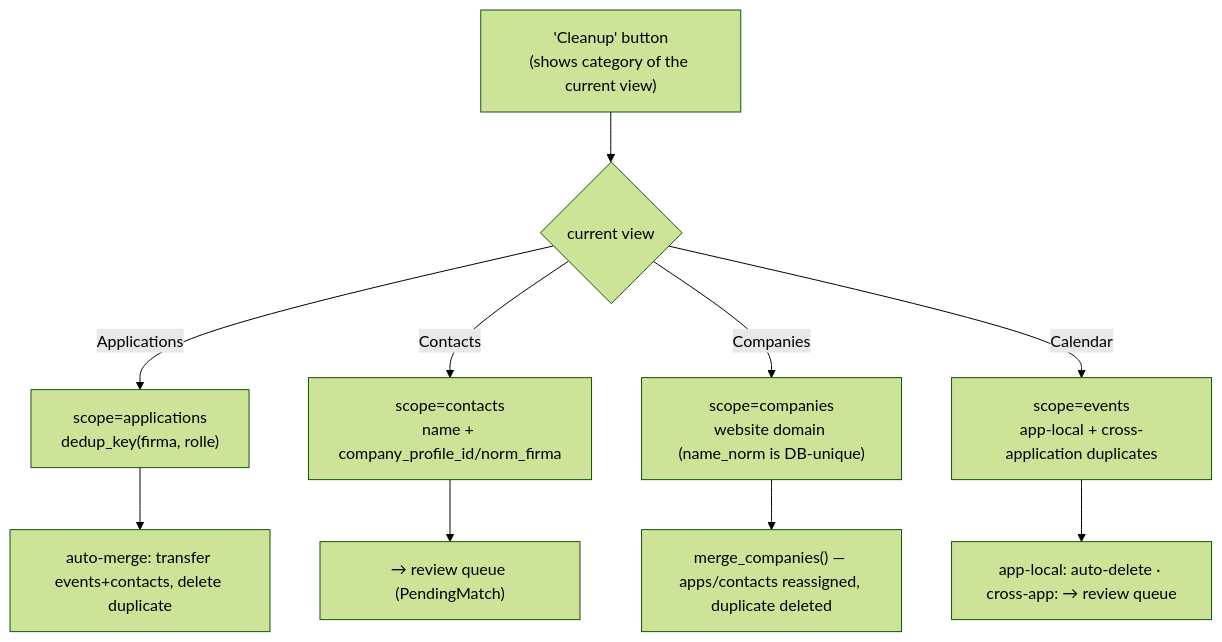
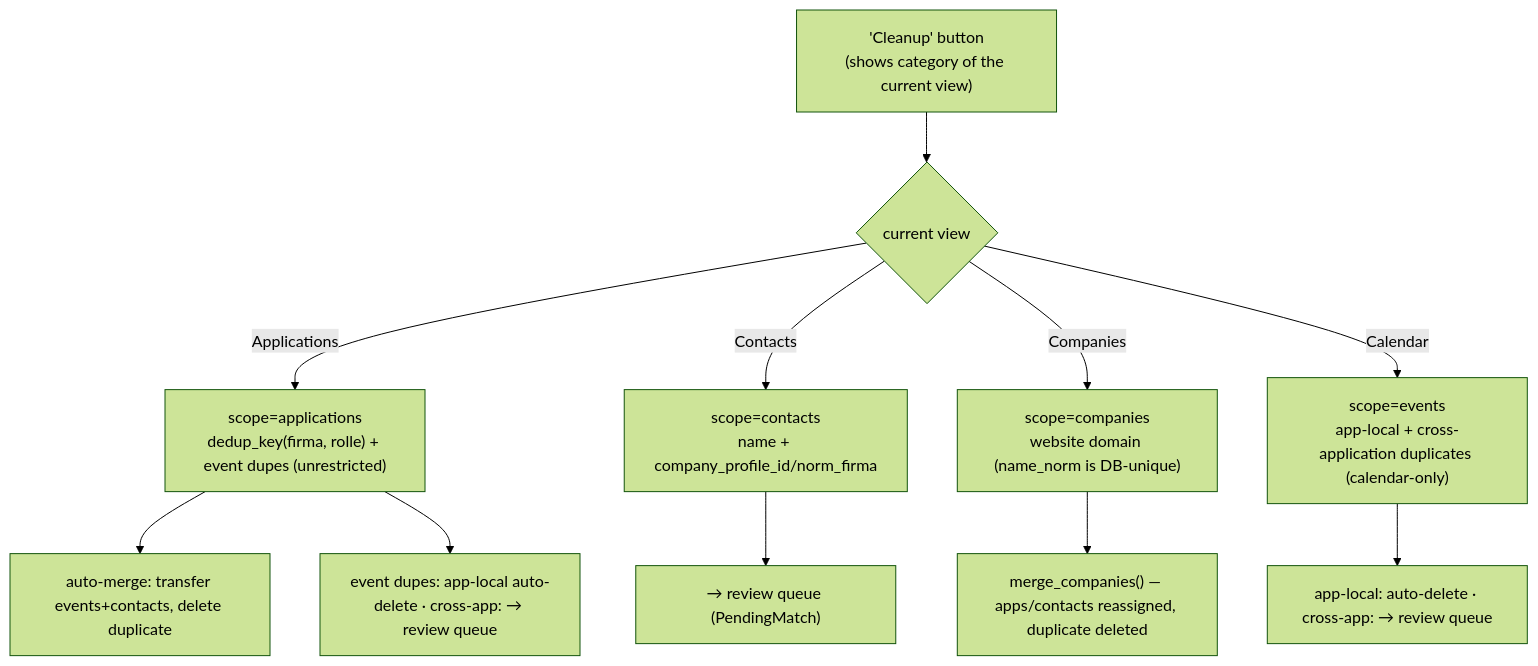
One commit to EGulinsky/rapport changed the sixth of 9 diagrams in docs/ARCHITECTURE.md. Above: the diagram before and after it, drawn with Mermaid (forest theme). The commit also changed other lines of this file and 3 other files, not shown here.

First line of the commit message:
fix: Applications-view cleanup never checked for duplicate events (v4.6.15)

````diff
--- a/docs/ARCHITECTURE.md
+++ b/docs/ARCHITECTURE.md
@@ -527,12 +527,13 @@
 ```mermaid
 flowchart TB
     Btn["'Cleanup' button<br/>(shows category of the current view)"] --> Scope{current view}
-    Scope -- Applications --> App["scope=applications<br/>dedup_key(firma, rolle)"]
+    Scope -- Applications --> App["scope=applications<br/>dedup_key(firma, rolle) + event dupes (unrestricted)"]
     Scope -- Contacts --> Con["scope=contacts<br/>name + company_profile_id/norm_firma"]
     Scope -- Companies --> Comp["scope=companies<br/>website domain (name_norm is DB-unique)"]
-    Scope -- Calendar --> Ev["scope=events<br/>app-local + cross-application duplicates"]
+    Scope -- Calendar --> Ev["scope=events<br/>app-local + cross-application duplicates (calendar-only)"]
     App --> Merge1["auto-merge: transfer events+contacts, delete duplicate"]
+    App --> Auto1["event dupes: app-local auto-delete · cross-app: → review queue"]
     Con --> Review["→ review queue (PendingMatch)"]
     Comp --> Merge2["merge_companies() — apps/contacts reassigned, duplicate deleted"]
     Ev --> Auto["app-local: auto-delete · cross-app: → review queue"]
 ```
````
